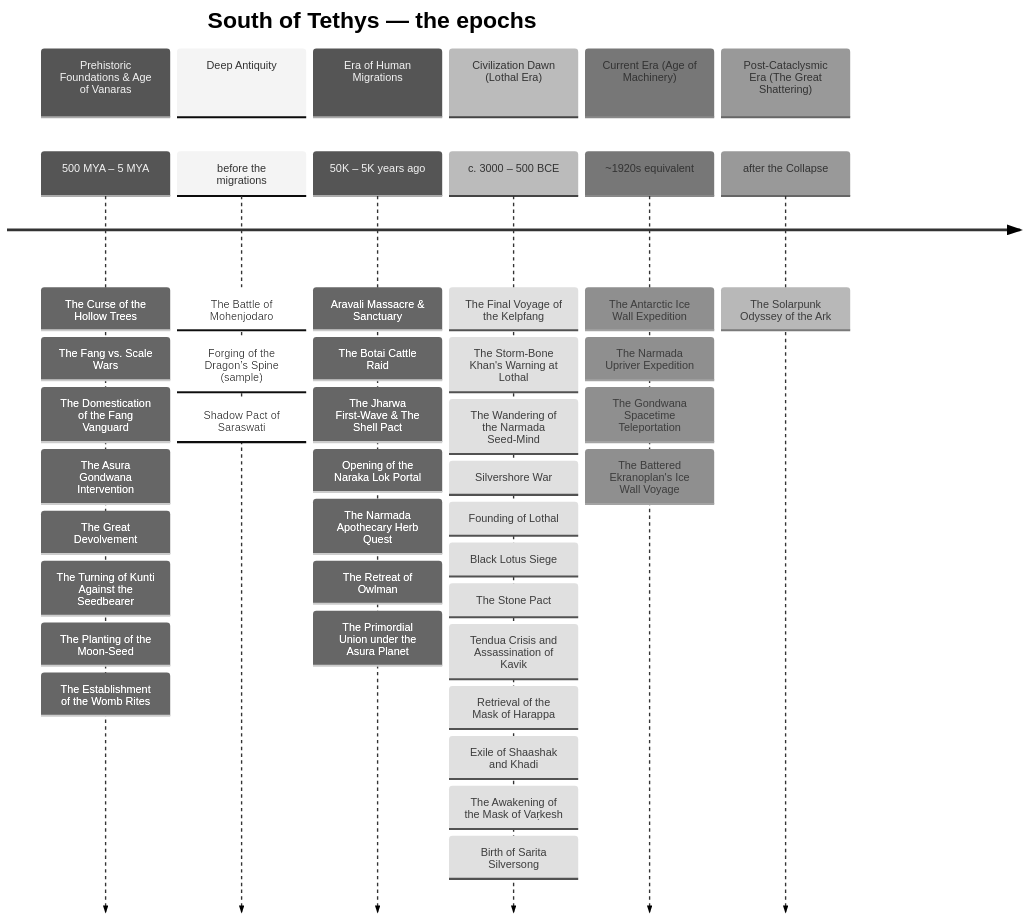
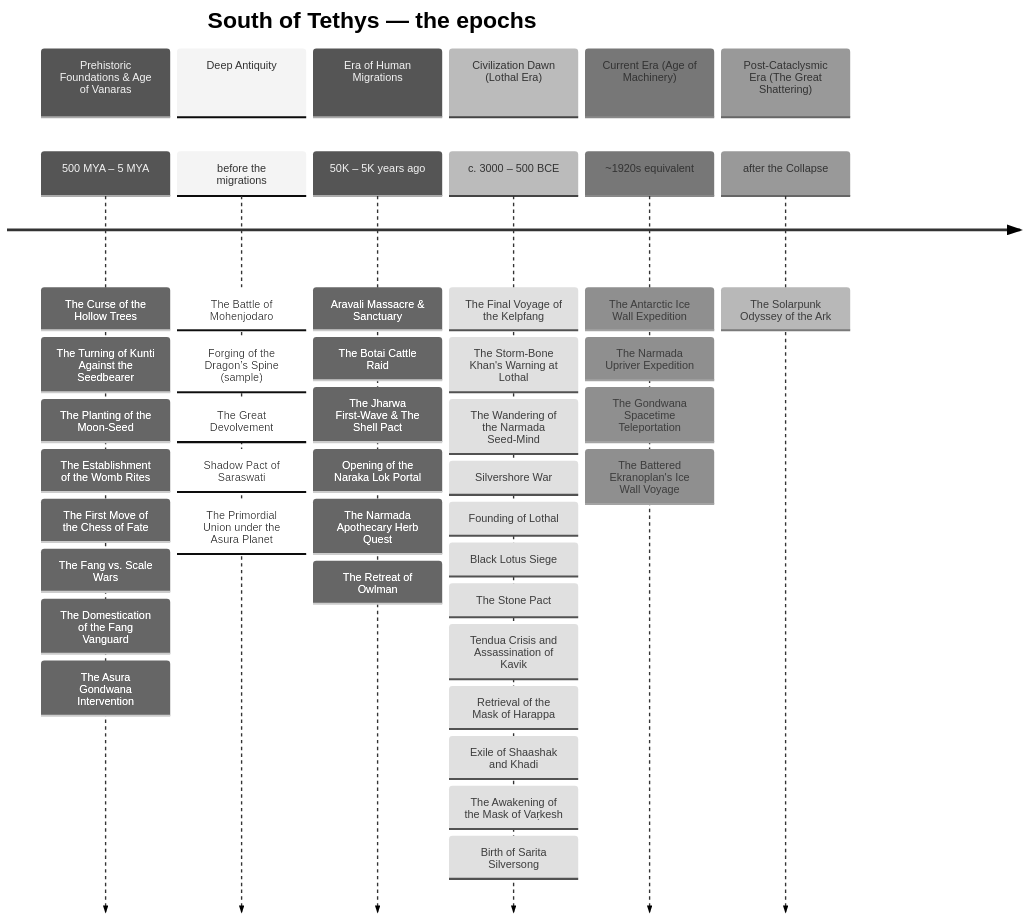
The first of 2 diagrams in docs/timeline_mermaid.md (lordlebu/SouthOfTethys), drawn with Mermaid (neutral theme) before and after one commit. The commit also changed other lines of this file and 47 other files, not shown here.

````diff
--- a/docs/timeline_mermaid.md
+++ b/docs/timeline_mermaid.md
@@ -9,16 +9,16 @@
 ```mermaid
 timeline
     title South of Tethys — the epochs
     section Prehistoric Foundations & Age of Vanaras
-        500 MYA – 5 MYA : The Curse of the Hollow Trees : The Fang vs. Scale Wars : The Domestication of the Fang Vanguard : The Asura Gondwana Intervention : The Great Devolvement : The Turning of Kunti Against the Seedbearer : The Planting of the Moon-Seed : The Establishment of the Womb Rites
+        500 MYA – 5 MYA : The Curse of the Hollow Trees : The Turning of Kunti Against the Seedbearer : The Planting of the Moon-Seed : The Establishment of the Womb Rites : The First Move of the Chess of Fate : The Fang vs. Scale Wars : The Domestication of the Fang Vanguard : The Asura Gondwana Intervention
     section Deep Antiquity
-        before the migrations : The Battle of Mohenjodaro : Forging of the Dragon’s Spine (sample) : Shadow Pact of Saraswati
+        before the migrations : The Battle of Mohenjodaro : Forging of the Dragon’s Spine (sample) : The Great Devolvement : Shadow Pact of Saraswati : The Primordial Union under the Asura Planet
     section Era of Human Migrations
-        50K – 5K years ago : Aravali Massacre & Sanctuary : The Botai Cattle Raid : The Jharwa First-Wave & The Shell Pact : Opening of the Naraka Lok Portal : The Narmada Apothecary Herb Quest : The Retreat of Owlman : The Primordial Union under the Asura Planet
+        50K – 5K years ago : Aravali Massacre & Sanctuary : The Botai Cattle Raid : The Jharwa First-Wave & The Shell Pact : Opening of the Naraka Lok Portal : The Narmada Apothecary Herb Quest : The Retreat of Owlman
     section Civilization Dawn (Lothal Era)
         c. 3000 – 500 BCE : The Final Voyage of the Kelpfang : The Storm-Bone Khan's Warning at Lothal : The Wandering of the Narmada Seed-Mind : Silvershore War : Founding of Lothal : Black Lotus Siege : The Stone Pact : Tendua Crisis and Assassination of Kavik : Retrieval of the Mask of Harappa : Exile of Shaashak and Khadi : The Awakening of the Mask of Vaṛkesh : Birth of Sarita Silversong
     section Current Era (Age of Machinery)
         ~1920s equivalent : The Antarctic Ice Wall Expedition : The Narmada Upriver Expedition : The Gondwana Spacetime Teleportation : The Battered Ekranoplan's Ice Wall Voyage
     section Post-Cataclysmic Era (The Great Shattering)
         after the Collapse : The Solarpunk Odyssey of the Ark
 ```
````
